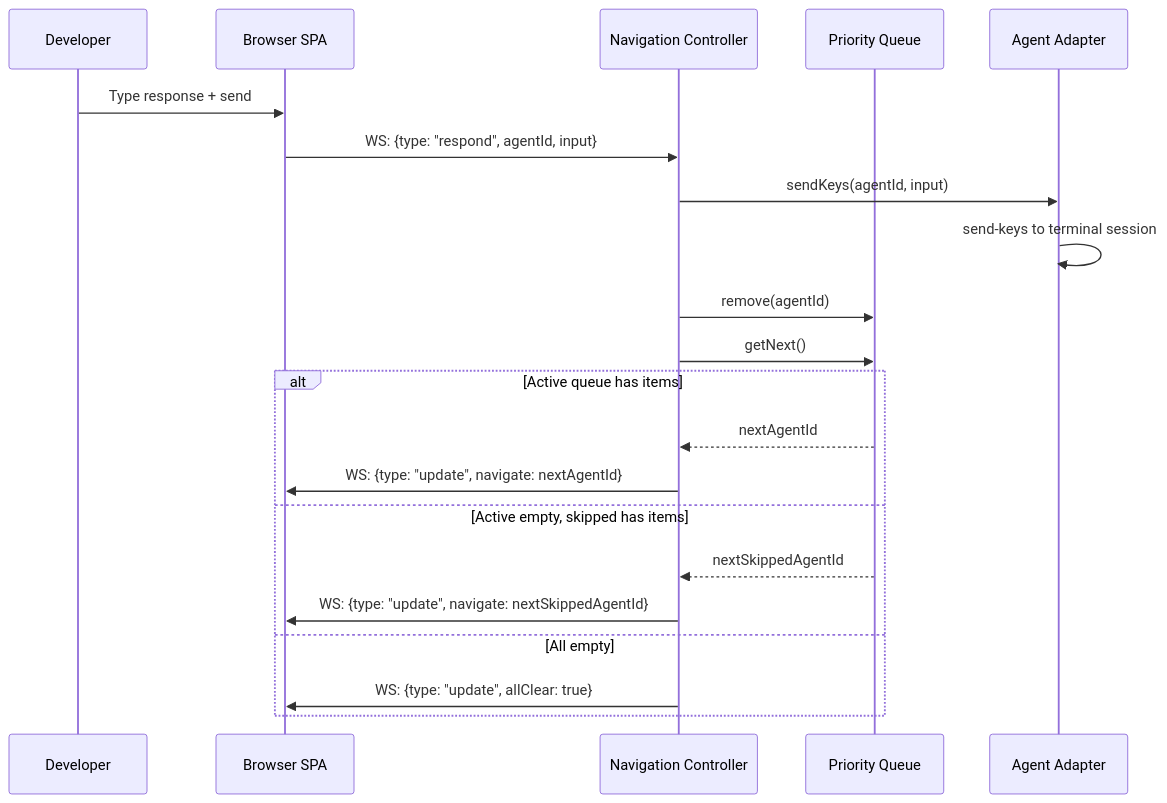
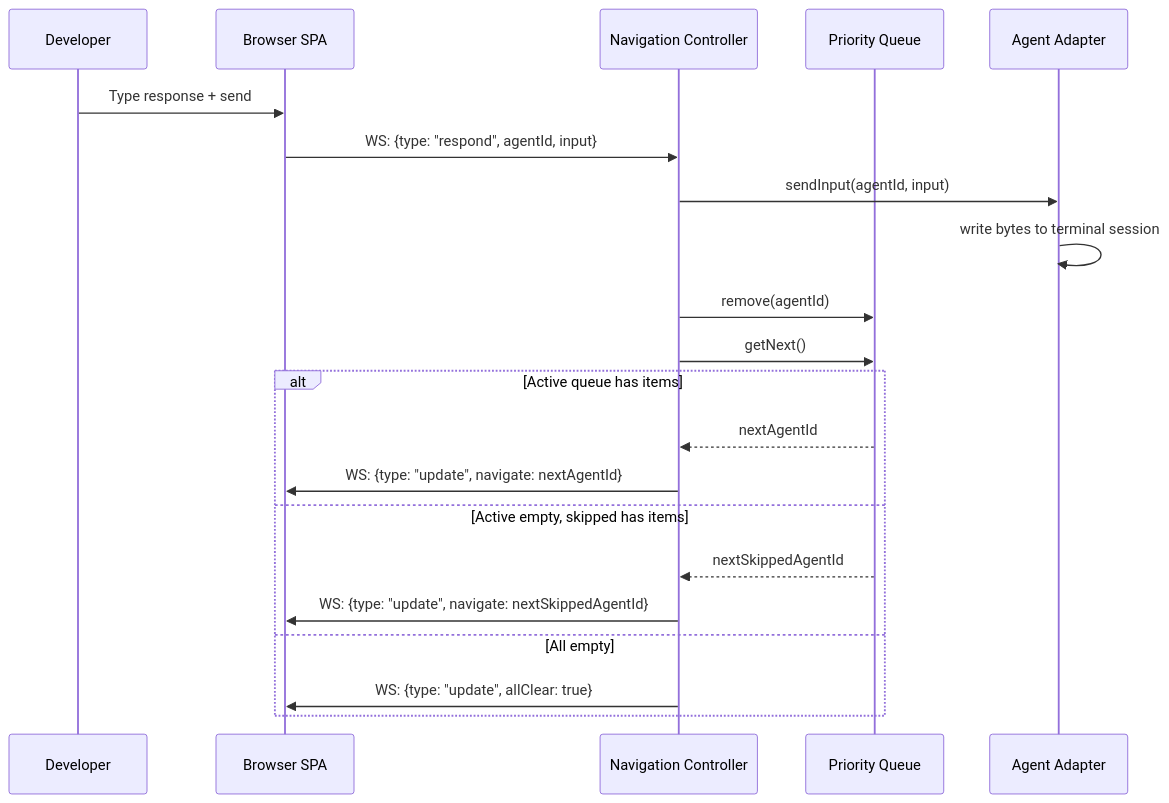
Before and after one commit to kookr-ai/kookr: the first of 7 diagrams in docs/system-models/subsystems/attention-router/02-key-sequences.md, drawn with Mermaid. The commit also changed other lines of this file and 23 other files, not shown here.

Commit message:
docs: reconcile architecture models with implementation

````diff
--- a/docs/system-models/subsystems/attention-router/02-key-sequences.md
+++ b/docs/system-models/subsystems/attention-router/02-key-sequences.md
@@ -9,24 +9,24 @@
 ```mermaid
 sequenceDiagram
   participant Dev as Developer
   participant SPA as Browser SPA
   participant Nav as Navigation Controller
   participant PQ as Priority Queue
   participant Adapter as Agent Adapter
 
   Dev->>SPA: Type response + send
   SPA->>Nav: WS: {type: "respond", agentId, input}
-  Nav->>Adapter: sendKeys(agentId, input)
-  Adapter->>Adapter: send-keys to terminal session
+  Nav->>Adapter: sendInput(agentId, input)
+  Adapter->>Adapter: write bytes to terminal session
   Nav->>PQ: remove(agentId)
   Nav->>PQ: getNext()
   alt Active queue has items
     PQ-->>Nav: nextAgentId
     Nav->>SPA: WS: {type: "update", navigate: nextAgentId}
   else Active empty, skipped has items
     PQ-->>Nav: nextSkippedAgentId
     Nav->>SPA: WS: {type: "update", navigate: nextSkippedAgentId}
   else All empty
     Nav->>SPA: WS: {type: "update", allClear: true}
   end
 ```
````
